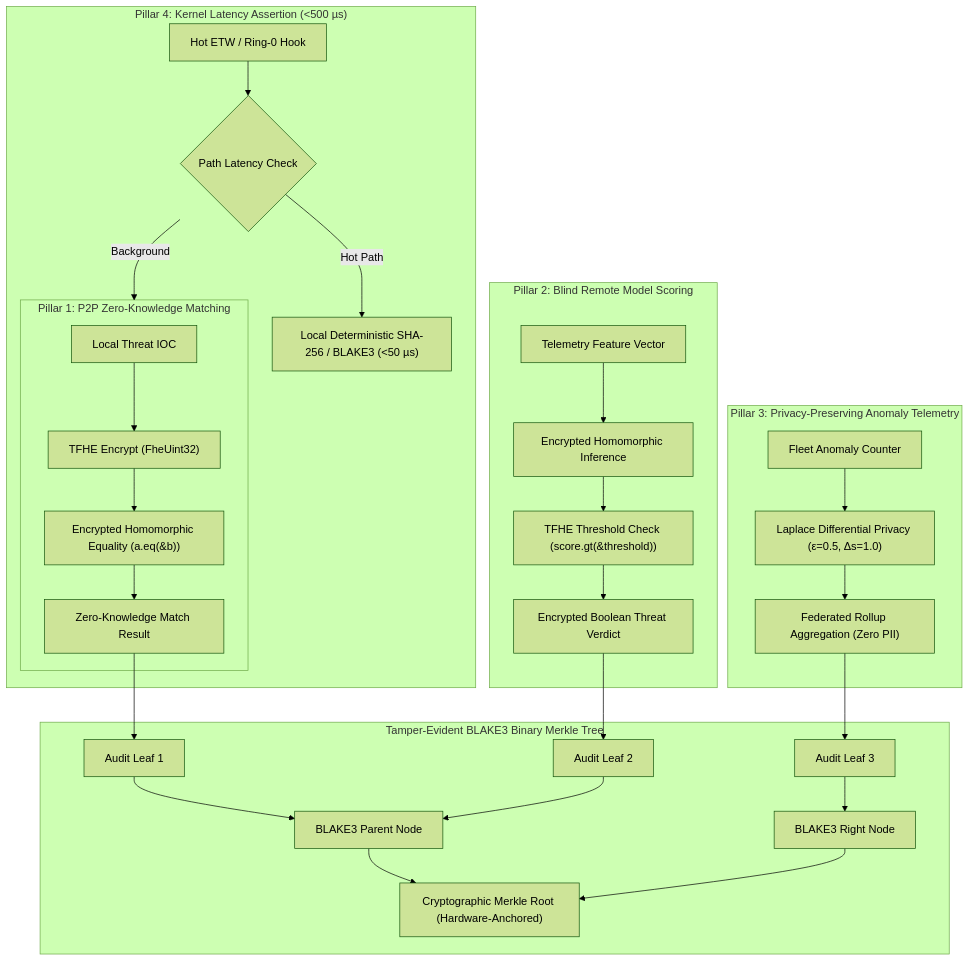
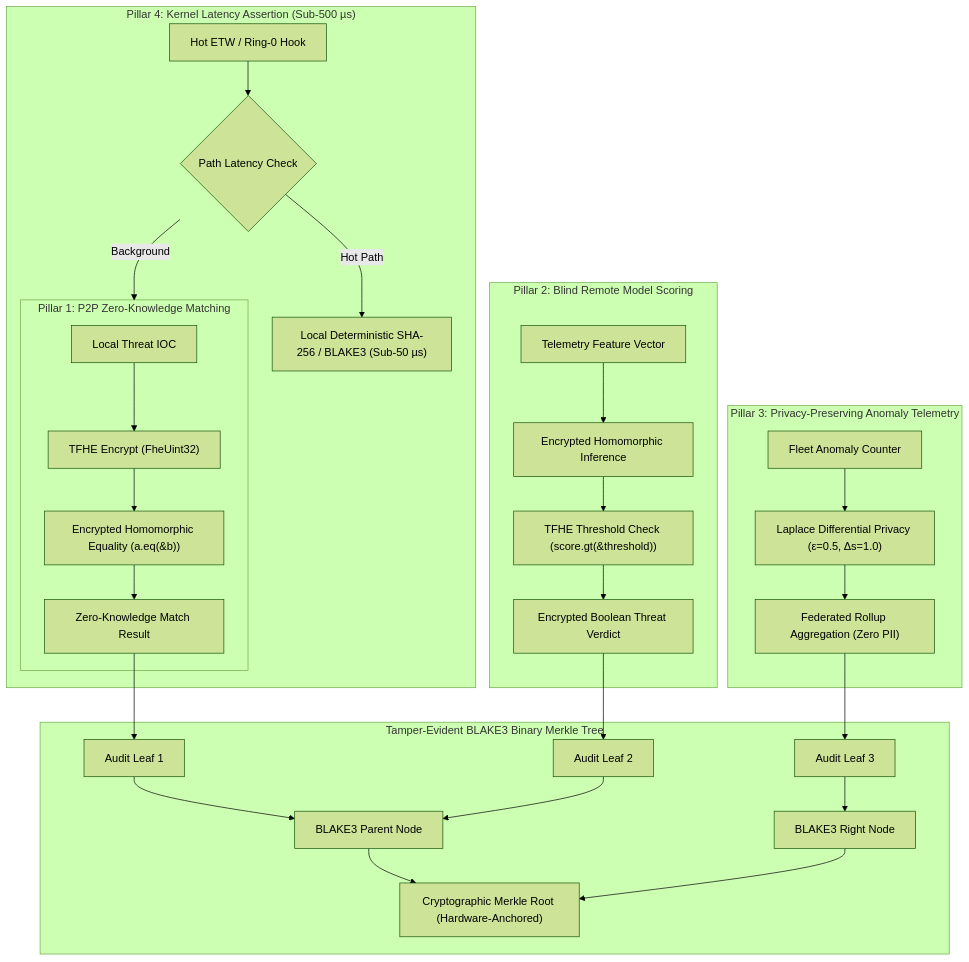
The sixth of 33 diagrams in README.md (oyesanyf/OshoosiClaw), drawn with Mermaid (forest theme) before and after one commit. The commit also changed other lines of this file and 40 other files, not shown here.

````diff
--- a/README.md
+++ b/README.md
@@ -482,34 +674,34 @@
 ```mermaid
 flowchart TD
     subgraph P1["Pillar 1: P2P Zero-Knowledge Matching"]
         I1["Local Threat IOC"] --> E1["TFHE Encrypt (FheUint32)"]
         E1 --> C1["Encrypted Homomorphic Equality (a.eq(&b))"]
         C1 --> R1["Zero-Knowledge Match Result"]
     end
 
     subgraph P2["Pillar 2: Blind Remote Model Scoring"]
         F2["Telemetry Feature Vector"] --> E2["Encrypted Homomorphic Inference"]
         E2 --> M2["TFHE Threshold Check (score.gt(&threshold))"]
         M2 --> R2["Encrypted Boolean Threat Verdict"]
     end
 
     subgraph P3["Pillar 3: Privacy-Preserving Anomaly Telemetry"]
         T3["Fleet Anomaly Counter"] --> N3["Laplace Differential Privacy (ε=0.5, Δs=1.0)"]
         N3 --> R3["Federated Rollup Aggregation (Zero PII)"]
     end
 
-    subgraph P4["Pillar 4: Kernel Latency Assertion (&lt;500 µs)"]
+    subgraph P4["Pillar 4: Kernel Latency Assertion (Sub-500 µs)"]
         K4["Hot ETW / Ring-0 Hook"] --> B4{"Path Latency Check"}
-        B4 -->|Hot Path| D4["Local Deterministic SHA-256 / BLAKE3 (<50 µs)"]
+        B4 -->|Hot Path| D4["Local Deterministic SHA-256 / BLAKE3 (Sub-50 µs)"]
         B4 -->|Background| P1
     end
 
     subgraph Merkle["Tamper-Evident BLAKE3 Binary Merkle Tree"]
         R1 --> L1["Audit Leaf 1"]
         R2 --> L2["Audit Leaf 2"]
         R3 --> L3["Audit Leaf 3"]
         L1 & L2 --> H12["BLAKE3 Parent Node"]
         L3 --> H33["BLAKE3 Right Node"]
         H12 & H33 --> Root["Cryptographic Merkle Root (Hardware-Anchored)"]
     end
 ```
````
